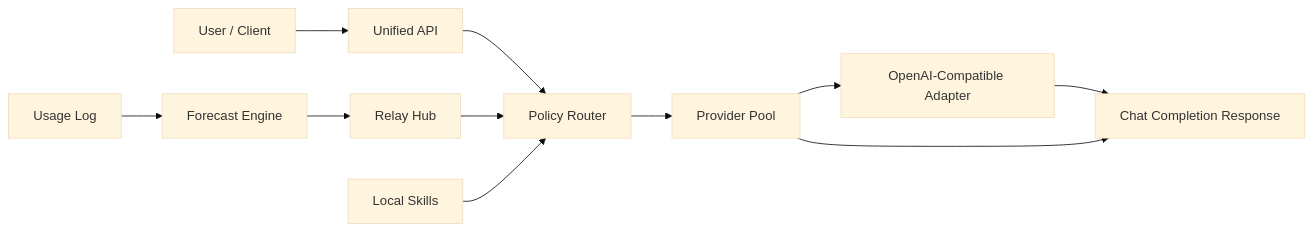
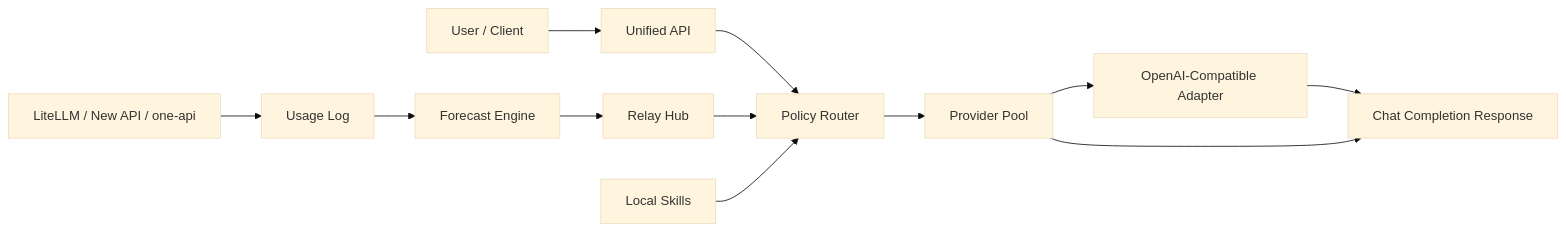
The diagram in docs/architecture.md (beihaili/ai-capacity-optimizer), drawn with Mermaid (base theme) before and after one commit. The commit also changed other lines of this file and 4 other files, not shown here.

Commit message:
Refocus roadmap on gateway quota optimization

````diff
--- a/docs/architecture.md
+++ b/docs/architecture.md
@@ -50,13 +52,14 @@
 ```mermaid
 flowchart LR
     User["User / Client"] --> API["Unified API"]
     API --> Router["Policy Router"]
     Router --> Pool["Provider Pool"]
     Pool --> Adapter["OpenAI-Compatible Adapter"]
     Adapter --> Response
     Pool --> Response["Chat Completion Response"]
+    Gateway["LiteLLM / New API / one-api"] --> Usage
     Usage["Usage Log"] --> Forecast["Forecast Engine"]
     Forecast --> Relay["Relay Hub"]
     Relay --> Router
     Skills["Local Skills"] --> Router
 ```
````
